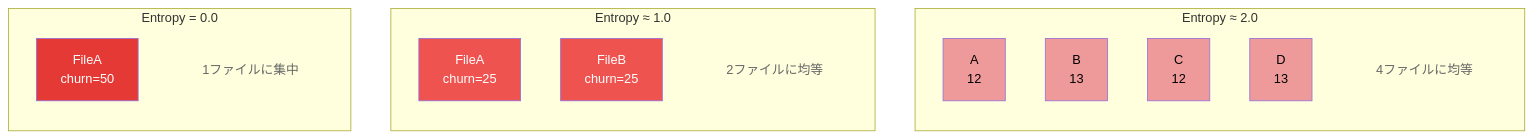
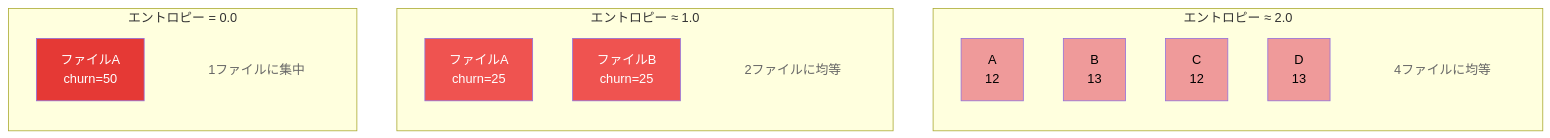
Diagram 13 of 15 in docs/metrics_guide.md (horiyamayoh/NarutoCode), drawn with Mermaid before and after one commit. The commit also changed other lines of this file and 4 other files, not shown here.

````diff
--- a/docs/metrics_guide.md
+++ b/docs/metrics_guide.md
@@ -534,36 +534,36 @@
 ```mermaid
 flowchart LR
-    subgraph E0["Entropy = 0.0"]
+    subgraph E0["エントロピー = 0.0"]
         direction TB
-        E0_A["FileA\nchurn=50"]
+        E0_A["ファイルA\nchurn=50"]
         E0_NOTE["1ファイルに集中"]
         style E0_A fill:#e53935,color:#fff
         style E0_NOTE fill:transparent,stroke:none,color:#666
     end
 
-    subgraph E1["Entropy ≈ 1.0"]
+    subgraph E1["エントロピー ≈ 1.0"]
         direction TB
-        E1_A["FileA\nchurn=25"]
-        E1_B["FileB\nchurn=25"]
+        E1_A["ファイルA\nchurn=25"]
+        E1_B["ファイルB\nchurn=25"]
         E1_NOTE["2ファイルに均等"]
         style E1_A fill:#ef5350,color:#fff
         style E1_B fill:#ef5350,color:#fff
         style E1_NOTE fill:transparent,stroke:none,color:#666
     end
 
-    subgraph E2["Entropy ≈ 2.0"]
+    subgraph E2["エントロピー ≈ 2.0"]
         direction TB
         E2_A["A\n12"]
         E2_B["B\n13"]
         E2_C["C\n12"]
         E2_D["D\n13"]
         E2_NOTE["4ファイルに均等"]
         style E2_A fill:#ef9a9a,color:#000
         style E2_B fill:#ef9a9a,color:#000
         style E2_C fill:#ef9a9a,color:#000
         style E2_D fill:#ef9a9a,color:#000
         style E2_NOTE fill:transparent,stroke:none,color:#666
     end
 
     E0 ~~~ E1 ~~~ E2
 ```
````
